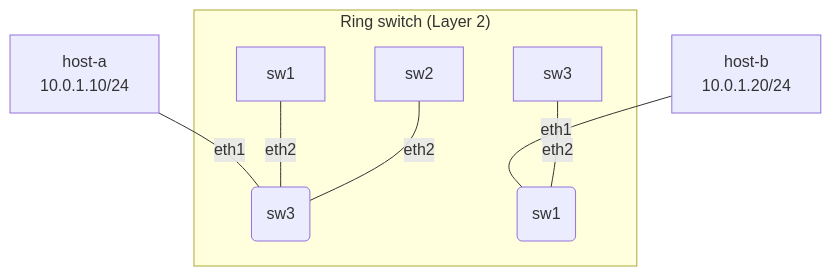
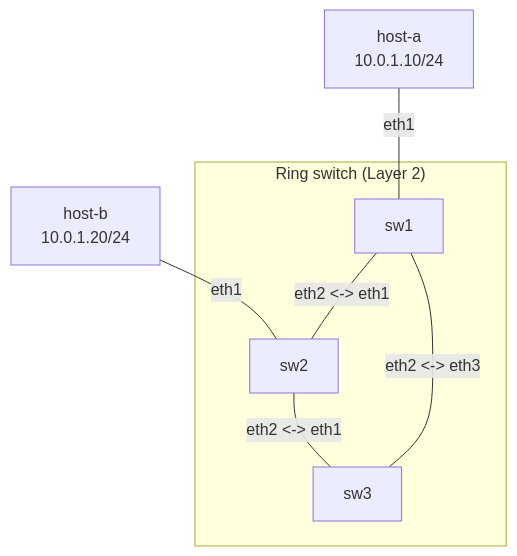
The diagram in bai-tap-ve-nha/05-stp-rstp-chong-loop/lab-guide.md (VuVietThanhPTIT/containerlab-demo), drawn with Mermaid before and after one commit. The commit also changed 3 other files, not shown here.

Commit message:
fix: correct Mermaid diagram syntax for link labels and node definitions

````diff
--- a/bai-tap-ve-nha/05-stp-rstp-chong-loop/lab-guide.md
+++ b/bai-tap-ve-nha/05-stp-rstp-chong-loop/lab-guide.md
@@ -16,11 +16,11 @@
 ```mermaid
 graph TD
-    host-a[host-a<br>10.0.1.10/24] -- eth1 --- eth1(sw1)
-    host-b[host-b<br>10.0.1.20/24] -- eth1 --- eth3(sw2)
+    host-a[host-a<br>10.0.1.10/24] -- "eth1" --- sw1[sw1]
+    host-b[host-b<br>10.0.1.20/24] -- "eth1" --- sw2[sw2]
     
     subgraph ring_switch ["Ring switch (Layer 2)"]
-        sw1 -- eth2 --- eth1(sw2)
-        sw2 -- eth2 --- eth1(sw3)
-        sw3 -- eth2 --- eth3(sw1)
+        sw1 -- "eth2 <-> eth1" --- sw2
+        sw2 -- "eth2 <-> eth1" --- sw3[sw3]
+        sw3 -- "eth2 <-> eth3" --- sw1
     end
 ```
````
